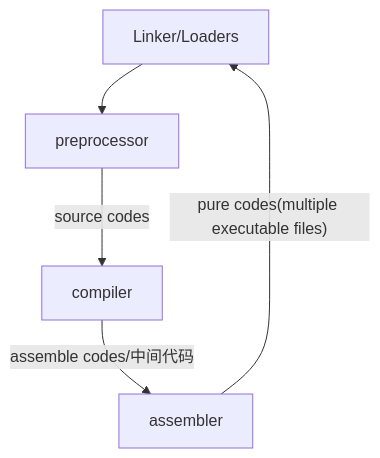
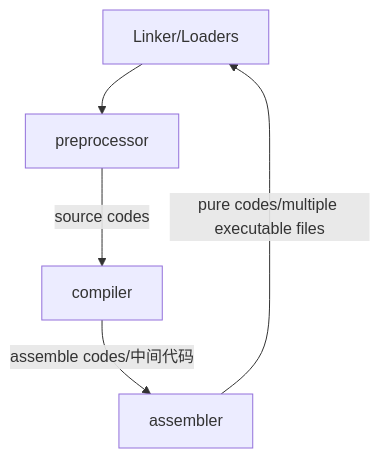
The diagram in 编译原理学习笔记.md (DCMMC/Notes), drawn with Mermaid before and after one commit.

Commit message:
修改文件: 编译原理学习笔记.md

````diff
--- a/编译原理学习笔记.md
+++ b/编译原理学习笔记.md
@@ -41,7 +41,7 @@
 ```mermaid!
 graph TD;
 	id[source files] --> preprocessor;
 	preprocessor-- source codes -->compiler;
 	compiler-- assemble codes/中间代码 -->assembler;
-	assembler-- pure codes(multiple executable files) -->id[Linker/Loaders];
+	assembler-- pure codes/multiple executable files -->id[Linker/Loaders];
 ```
````
